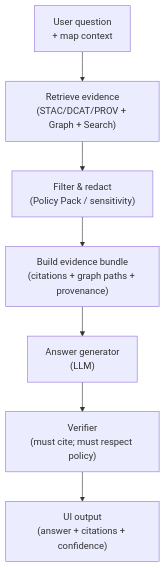
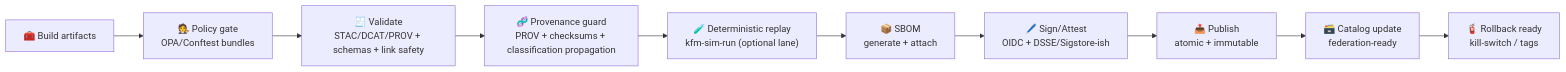
The third of 4 diagrams in .github/README.md (bartytime4life/Kansas-Frontier-Matrix), drawn with Mermaid before and after one commit. The commit also changed other lines of this file, not shown here.

````diff
--- a/.github/README.md
+++ b/.github/README.md
@@ -450,9 +285,12 @@
 ```mermaid
-flowchart TD
-  Q["User question<br/>+ map context"] --> R["Retrieve evidence<br/>(STAC/DCAT/PROV + Graph + Search)"]
-  R --> F["Filter & redact<br/>(Policy Pack / sensitivity)"]
-  F --> B["Build evidence bundle<br/>(citations + graph paths + provenance)"]
-  B --> A["Answer generator<br/>(LLM)"]
-  A --> V["Verifier<br/>(must cite; must respect policy)"]
-  V --> U["UI output<br/>(answer + citations + confidence)"]
+flowchart LR
+  A["🧰 Build artifacts"] --> B["🧑‍⚖️ Policy gate<br/>OPA/Conftest bundles"]
+  B --> C["🧾 Validate<br/>STAC/DCAT/PROV + schemas + link safety"]
+  C --> D["🧬 Provenance guard<br/>PROV + checksums + classification propagation"]
+  D --> E["🧪 Deterministic replay<br/>kfm-sim-run (optional lane)"]
+  E --> F["📦 SBOM<br/>generate + attach"]
+  F --> G["🖊️ Sign/Attest<br/>OIDC + DSSE/Sigstore-ish"]
+  G --> H["📤 Publish<br/>atomic + immutable"]
+  H --> I["🗃️ Catalog update<br/>federation-ready"]
+  I --> J["🧯 Rollback ready<br/>kill-switch / tags"]
 ```
````
